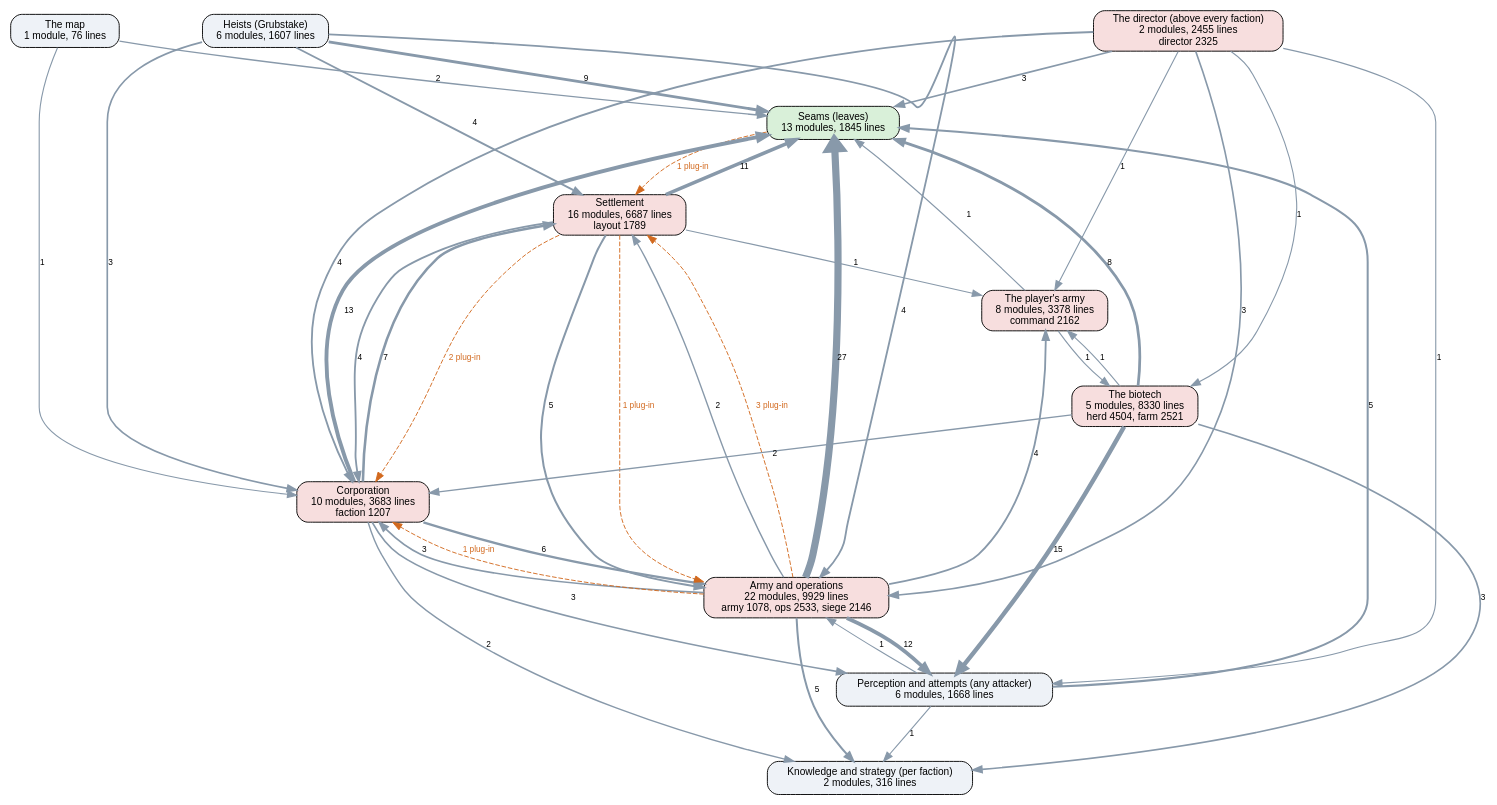
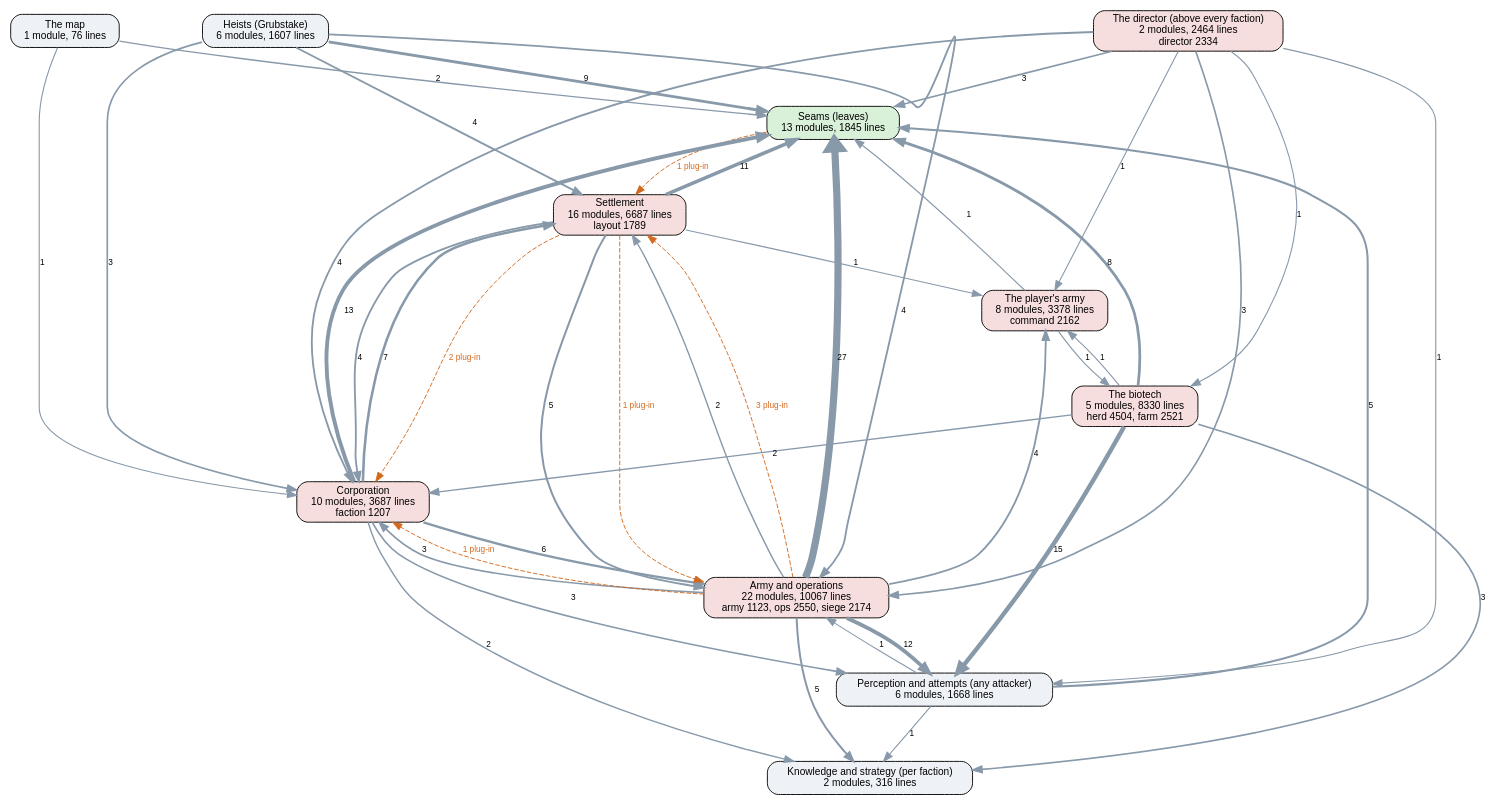
The diagram in docs/ai-layers.dot (kinelhu/landing-party), drawn with Graphviz before and after one commit. The commit also changed 17 other files, not shown here.

```diff
--- a/docs/ai-layers.dot
+++ b/docs/ai-layers.dot
@@ -1,58 +1,58 @@
 digraph layers {
   graph [rankdir=TB, fontname="Helvetica", nodesep=0.5, ranksep=0.7];
   node [shape=box, style="rounded,filled", fontname="Helvetica", fontsize=11, fillcolor="#eef2f7"];
   edge [color="#8899aa", fontname="Helvetica", fontsize=9];
   "Seams (leaves)" [label="Seams (leaves)\n13 modules, 1845 lines", fillcolor="#d9f0d9"];
   "Perception and attempts (any attacker)" [label="Perception and attempts (any attacker)\n6 modules, 1668 lines", fillcolor="#eef2f7"];
   "Knowledge and strategy (per faction)" [label="Knowledge and strategy (per faction)\n2 modules, 316 lines", fillcolor="#eef2f7"];
-  "The director (above every faction)" [label="The director (above every faction)\n2 modules, 2455 lines\ndirector 2325", fillcolor="#f7dede"];
-  "Corporation" [label="Corporation\n10 modules, 3683 lines\nfaction 1207", fillcolor="#f7dede"];
+  "The director (above every faction)" [label="The director (above every faction)\n2 modules, 2464 lines\ndirector 2334", fillcolor="#f7dede"];
+  "Corporation" [label="Corporation\n10 modules, 3687 lines\nfaction 1207", fillcolor="#f7dede"];
   "Settlement" [label="Settlement\n16 modules, 6687 lines\nlayout 1789", fillcolor="#f7dede"];
-  "Army and operations" [label="Army and operations\n22 modules, 9929 lines\narmy 1078, ops 2533, siege 2146", fillcolor="#f7dede"];
+  "Army and operations" [label="Army and operations\n22 modules, 10067 lines\narmy 1123, ops 2550, siege 2174", fillcolor="#f7dede"];
   "Heists (Grubstake)" [label="Heists (Grubstake)\n6 modules, 1607 lines", fillcolor="#eef2f7"];
   "The biotech" [label="The biotech\n5 modules, 8330 lines\nherd 4504, farm 2521", fillcolor="#f7dede"];
   "The map" [label="The map\n1 module, 76 lines", fillcolor="#eef2f7"];
   "The player's army" [label="The player's army\n8 modules, 3378 lines\ncommand 2162", fillcolor="#f7dede"];
   "Army and operations" -> "Corporation" [label="3", penwidth=1.8];
   "Army and operations" -> "Knowledge and strategy (per faction)" [label="5", penwidth=2.2];
   "Army and operations" -> "Perception and attempts (any attacker)" [label="12", penwidth=4.0];
   "Army and operations" -> "Seams (leaves)" [label="27", penwidth=7.8];
   "Army and operations" -> "Settlement" [label="2", penwidth=1.5];
   "Army and operations" -> "The player's army" [label="4", penwidth=2.0];
   "Corporation" -> "Army and operations" [label="6", penwidth=2.5];
   "Corporation" -> "Knowledge and strategy (per faction)" [label="2", penwidth=1.5];
   "Corporation" -> "Perception and attempts (any attacker)" [label="3", penwidth=1.8];
   "Corporation" -> "Seams (leaves)" [label="13", penwidth=4.2];
   "Corporation" -> "Settlement" [label="7", penwidth=2.8];
   "Heists (Grubstake)" -> "Army and operations" [label="4", penwidth=2.0];
   "Heists (Grubstake)" -> "Corporation" [label="3", penwidth=1.8];
   "Heists (Grubstake)" -> "Seams (leaves)" [label="9", penwidth=3.2];
   "Heists (Grubstake)" -> "Settlement" [label="4", penwidth=2.0];
   "Perception and attempts (any attacker)" -> "Army and operations" [label="1", penwidth=1.2];
   "Perception and attempts (any attacker)" -> "Knowledge and strategy (per faction)" [label="1", penwidth=1.2];
   "Perception and attempts (any attacker)" -> "Seams (leaves)" [label="5", penwidth=2.2];
   "Settlement" -> "Army and operations" [label="5", penwidth=2.2];
   "Settlement" -> "Corporation" [label="4", penwidth=2.0];
   "Settlement" -> "Seams (leaves)" [label="11", penwidth=3.8];
   "Settlement" -> "The player's army" [label="1", penwidth=1.2];
   "The biotech" -> "Corporation" [label="2", penwidth=1.5];
   "The biotech" -> "Knowledge and strategy (per faction)" [label="3", penwidth=1.8];
   "The biotech" -> "Perception and attempts (any attacker)" [label="15", penwidth=4.8];
   "The biotech" -> "Seams (leaves)" [label="8", penwidth=3.0];
   "The biotech" -> "The player's army" [label="1", penwidth=1.2];
   "The director (above every faction)" -> "Army and operations" [label="3", penwidth=1.8];
   "The director (above every faction)" -> "Corporation" [label="4", penwidth=2.0];
   "The director (above every faction)" -> "Perception and attempts (any attacker)" [label="1", penwidth=1.2];
   "The director (above every faction)" -> "Seams (leaves)" [label="3", penwidth=1.8];
   "The director (above every faction)" -> "The biotech" [label="1", penwidth=1.2];
   "The director (above every faction)" -> "The player's army" [label="1", penwidth=1.2];
   "The map" -> "Corporation" [label="1", penwidth=1.2];
   "The map" -> "Seams (leaves)" [label="2", penwidth=1.5];
   "The player's army" -> "Seams (leaves)" [label="1", penwidth=1.2];
   "The player's army" -> "The biotech" [label="1", penwidth=1.2];
   "Army and operations" -> "Corporation" [style=dashed, color="#d2691e", fontcolor="#d2691e", label="1 plug-in"];
   "Army and operations" -> "Settlement" [style=dashed, color="#d2691e", fontcolor="#d2691e", label="3 plug-in"];
   "Seams (leaves)" -> "Settlement" [style=dashed, color="#d2691e", fontcolor="#d2691e", label="1 plug-in"];
   "Settlement" -> "Army and operations" [style=dashed, color="#d2691e", fontcolor="#d2691e", label="1 plug-in"];
   "Settlement" -> "Corporation" [style=dashed, color="#d2691e", fontcolor="#d2691e", label="2 plug-in"];
 }
```
